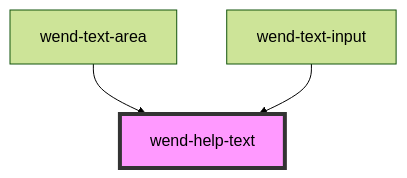
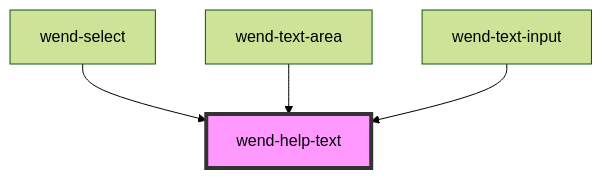
One commit to DevaStudios/wend-ui changed the diagram in packages/web-components/src/components/wend-help-text/readme.md. Above: the diagram before and after it, drawn with Mermaid (forest theme). The commit also changed other lines of this file and 30 other files, not shown here.

````diff
--- a/packages/web-components/src/components/wend-help-text/readme.md
+++ b/packages/web-components/src/components/wend-help-text/readme.md
@@ -24,6 +25,7 @@
 ```mermaid
 graph TD;
+  wend-select --> wend-help-text
   wend-text-area --> wend-help-text
   wend-text-input --> wend-help-text
   style wend-help-text fill:#f9f,stroke:#333,stroke-width:4px
 ```
````
